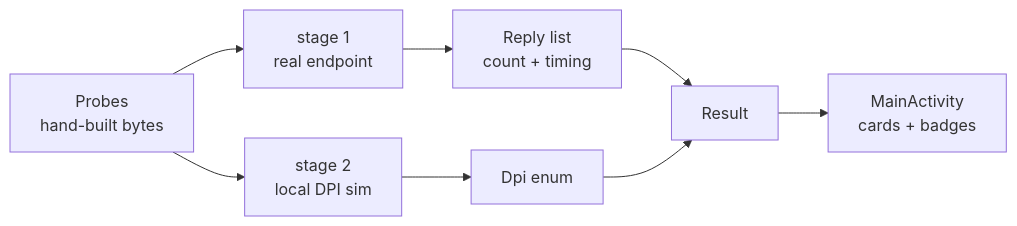
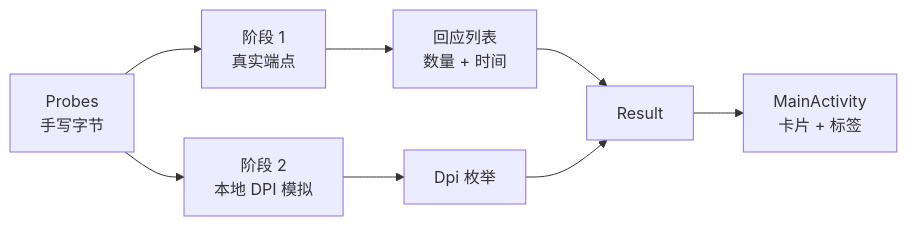
One commit to LangYa466/circumvolve-probe changed the diagram in README.md. Above: the diagram before and after it, drawn with Mermaid. The commit also changed other lines of this file and 3 other files, not shown here.

````diff
--- a/README.md
+++ b/README.md
@@ -117,10 +100,10 @@
 ```mermaid
 flowchart LR
-  A["Probes<br/>hand-built bytes"] --> B["stage 1<br/>real endpoint"]
-  A --> C["stage 2<br/>local DPI sim"]
-  B --> D["Reply list<br/>count + timing"]
-  C --> E["Dpi enum"]
+  A["Probes<br/>手写字节"] --> B["阶段 1<br/>真实端点"]
+  A --> C["阶段 2<br/>本地 DPI 模拟"]
+  B --> D["回应列表<br/>数量 + 时间"]
+  C --> E["Dpi 枚举"]
   D --> F["Result"]
   E --> F
-  F --> G["MainActivity<br/>cards + badges"]
+  F --> G["MainActivity<br/>卡片 + 标签"]
 ```
````
